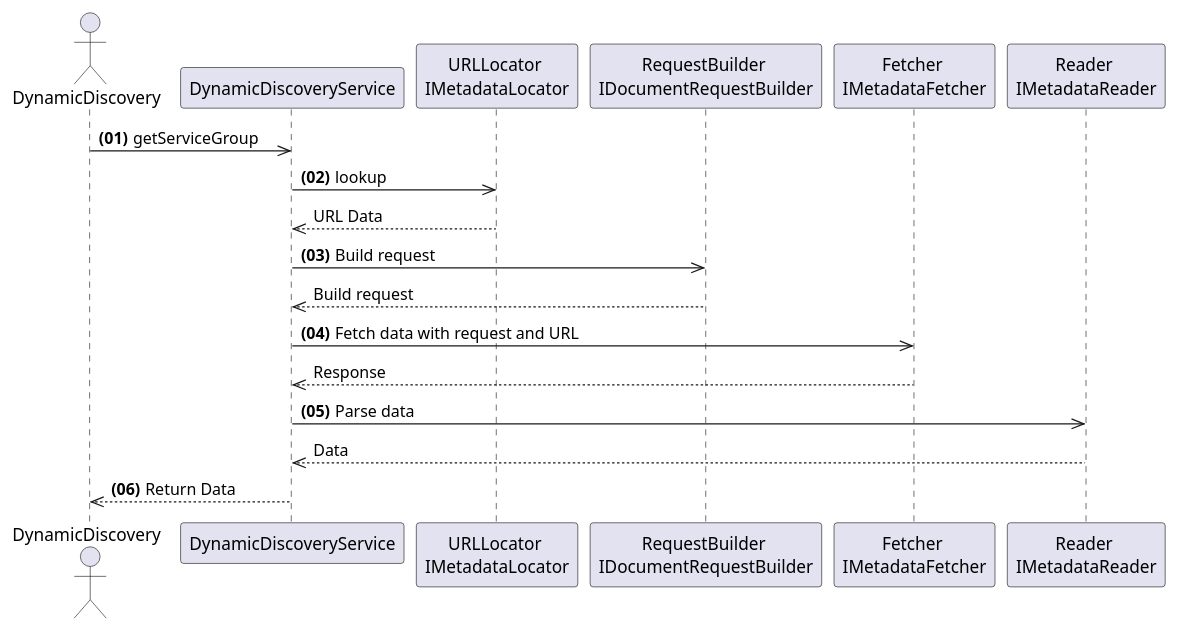
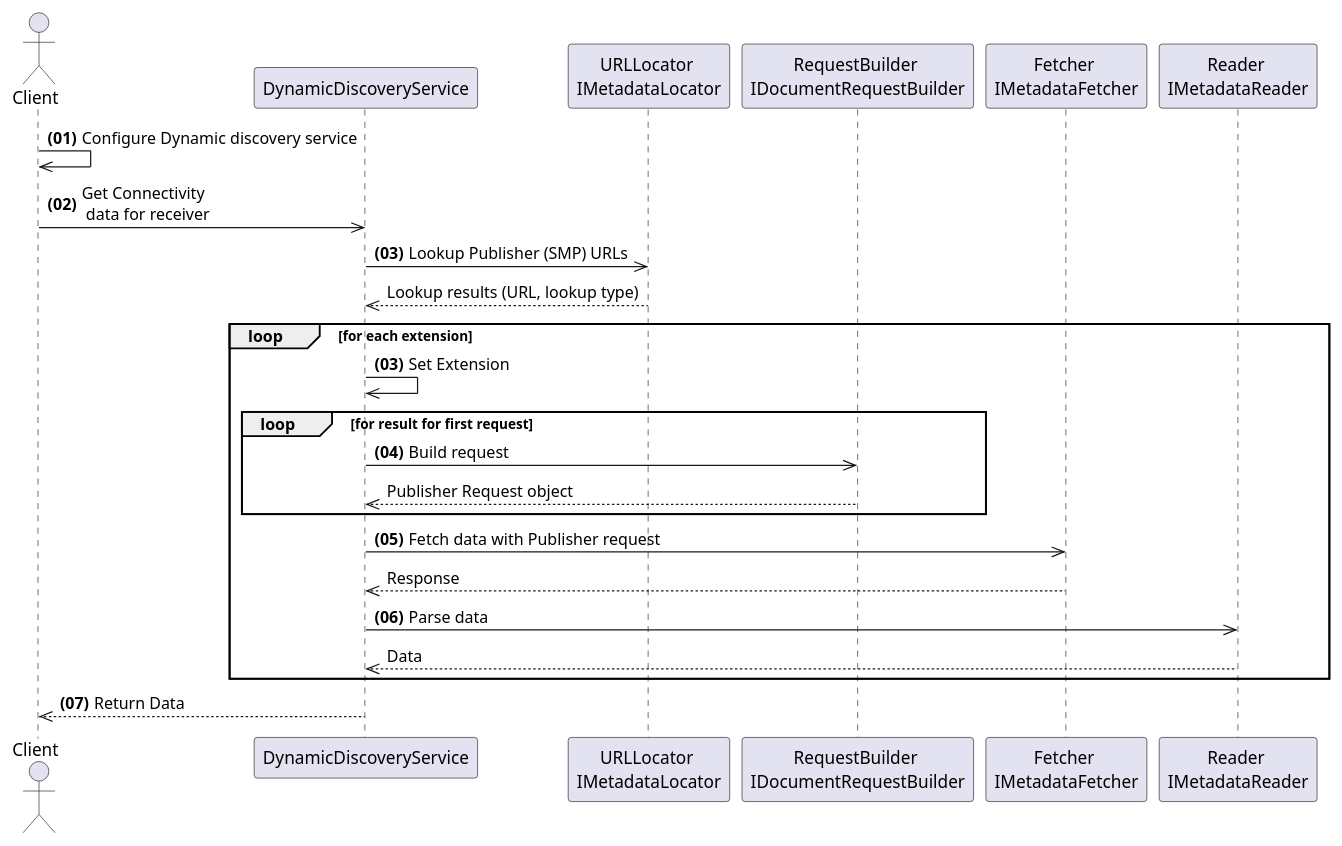
Before and after one commit to nordic-institute/dynamic-discovery-client: the second of 2 diagrams in README.adoc, drawn with PlantUML. The commit also changed other lines of this file, not shown here.

```diff
--- a/README.adoc
+++ b/README.adoc
@@ -179,35 +179,43 @@
 [plantuml]
 ....
 @startuml
 
-actor DynamicDiscovery as DDC
+actor Client as DDC
 participant DynamicDiscoveryService as DDS
 participant "URLLocator \nIMetadataLocator" as LOC
 participant "RequestBuilder \nIDocumentRequestBuilder" as RB
 participant "Fetcher \nIMetadataFetcher" as FC
 participant "Reader \nIMetadataReader" as RD
 
 autonumber "<b>(00)"
-DDC ->>  DDS:  getServiceGroup
-DDS ->>  LOC:  lookup
+DDC ->> DDC: Configure Dynamic discovery service
+DDC ->> DDS: Get Connectivity\n data for receiver
+
+DDS ->> LOC: Lookup Publisher (SMP) URLs
 autonumber stop
-LOC -->> DDS: URL Data
+LOC -->> DDS: Lookup results (URL, lookup type)
 autonumber 3 "<b>(00)"
-DDS ->>  RB: Build request
-autonumber stop
-RB -->>  DDS: Build request
-autonumber 4 "<b>(00)"
-DDS ->>  FC: Fetch data with request and URL
-autonumber stop
-FC -->>  DDS: Response
-autonumber 5 "<b>(00)"
-DDS ->>  RD: Parse data
-autonumber stop
-RD  -->> DDS: Data
-autonumber 6 "<b>(00)"
+loop for each extension
+    DDS ->>  DDS: Set Extension
+
+loop for result for first request
+
+    autonumber 4 "<b>(00)"
+    DDS ->>  RB: Build request
+    autonumber stop
+    RB -->>  DDS: Publisher Request object
+end
+    autonumber 5 "<b>(00)"
+    DDS ->>  FC: Fetch data with Publisher request
+    autonumber stop
+    FC -->>  DDS: Response
+    autonumber 6 "<b>(00)"
+    DDS ->>  RD: Parse data
+    autonumber stop
+    RD  -->> DDS: Data
+end
+autonumber 7 "<b>(00)"
 DDS -->> DDC:Return Data
-
-
 
 @enduml
 ....
```
